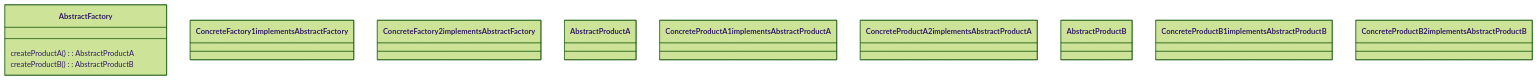
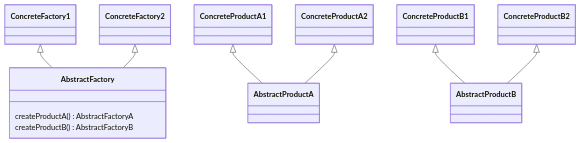
The third of 5 diagrams in _chapters/002-coding and working/005-design-patterns.md (dhananjaymallanna/MyBook), drawn with Mermaid before and after one commit. The commit also changed other lines of this file, not shown here.

````diff
--- a/_chapters/002-coding and working/005-design-patterns.md
+++ b/_chapters/002-coding and working/005-design-patterns.md
@@ -57,18 +58,20 @@
 ```mermaid!
 %%{init: {'theme':'forest',"messageAlign": "center","flowchart": { 'useMaxWidth':false,
+''
 "htmlLabels": true
 }}}%%
 classDiagram
     class AbstractFactory {
-        createProductA(): AbstractProductA
-        createProductB(): AbstractProductB
+        createProductA() AbstractFactoryA
+        createProductB() AbstractFactoryB
     }
-    class ConcreteFactory1 implements AbstractFactory
-    class ConcreteFactory2 implements AbstractFactory
+    ConcreteFactory1 <|-- AbstractFactory
+    ConcreteFactory2 <|-- AbstractFactory
     class AbstractProductA 
-    class ConcreteProductA1 implements AbstractProductA
-    class ConcreteProductA2 implements AbstractProductA
+    ConcreteProductA1 <|-- AbstractProductA
+    ConcreteProductA2 <|-- AbstractProductA
     class AbstractProductB
-    class ConcreteProductB1 implements AbstractProductB
-    class ConcreteProductB2 implements AbstractProductB
+    ConcreteProductB1 <|-- AbstractProductB
+    ConcreteProductB2 <|-- AbstractProductB
+
 ```
````
